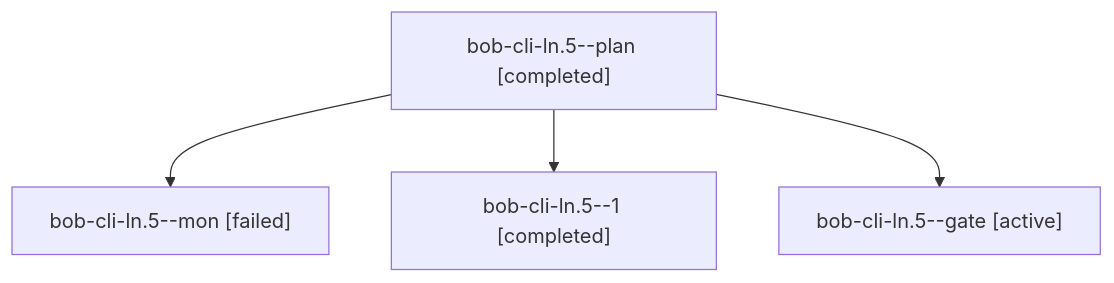
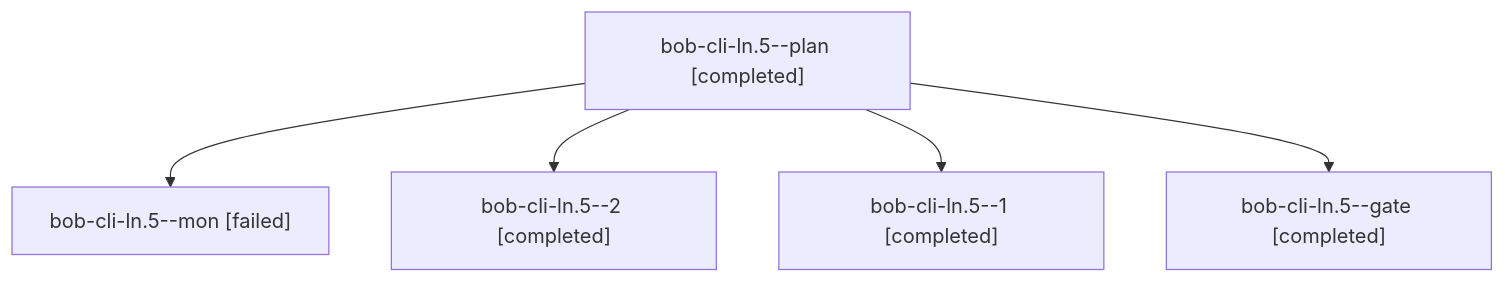
Before and after one commit to bobs-org/bob-cli--agents: the diagram in sessions/bbugyi200.apollo.bob-cli-ln.5.md, drawn with Mermaid. The commit also changed other lines of this file and 38 other files, not shown here.

````diff
--- a/sessions/bbugyi200.apollo.bob-cli-ln.5.md
+++ b/sessions/bbugyi200.apollo.bob-cli-ln.5.md
@@ -9,10 +9,12 @@
 ```mermaid
 flowchart TD
   n0["bob-cli-ln.5--plan [completed]"]
   n1["bob-cli-ln.5--mon [failed]"]
   n0 --> n1
-  n2["bob-cli-ln.5--1 [completed]"]
+  n2["bob-cli-ln.5--2 [completed]"]
   n0 --> n2
-  n3["bob-cli-ln.5--gate [active]"]
+  n3["bob-cli-ln.5--1 [completed]"]
   n0 --> n3
+  n4["bob-cli-ln.5--gate [completed]"]
+  n0 --> n4
 ```
````
